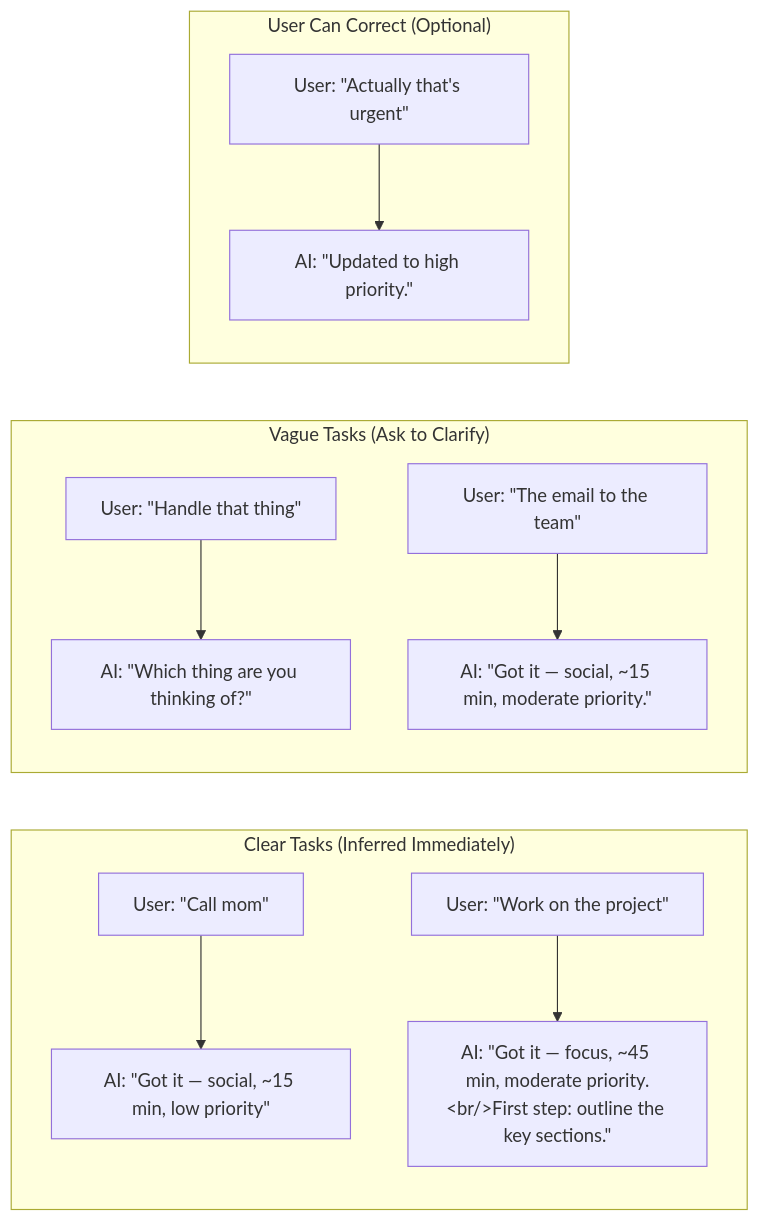
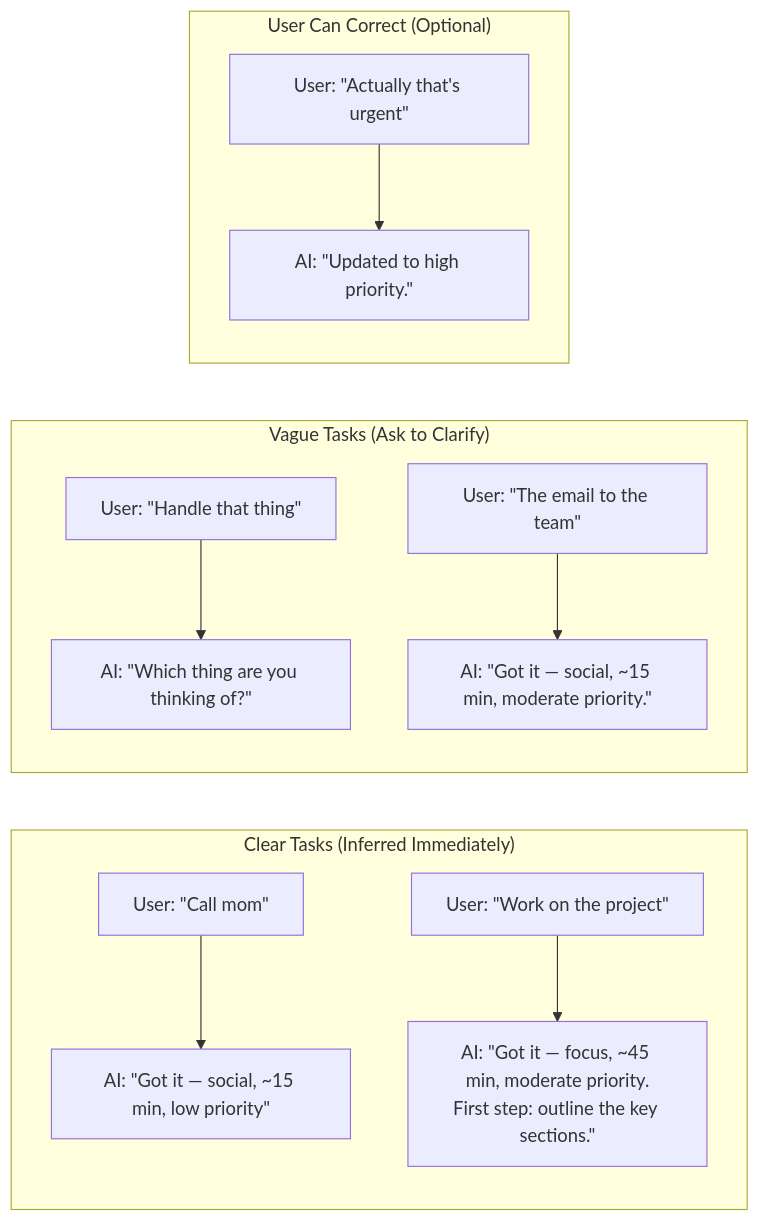
One commit to NickBorgersProbably/hide-my-list changed the fourth of 28 diagrams in docs/user-interactions.md. Above: the diagram before and after it, drawn with Mermaid. The commit also changed other lines of this file and 1 other file, not shown here.

First line of the commit message:
Fix <br/> line breaks incorrectly escaped as #lt;br/#gt; in Mermaid diagrams

````diff
--- a/docs/user-interactions.md
+++ b/docs/user-interactions.md
@@ -113,16 +113,16 @@
 ```mermaid
 flowchart LR
     subgraph Always["Clear Tasks (Inferred Immediately)"]
         Q1["User: #quot;Call mom#quot;"] --> Q2["AI: #quot;Got it — social, ~15 min, low priority#quot;"]
-        Q3["User: #quot;Work on the project#quot;"] --> Q4["AI: #quot;Got it — focus, ~45 min, moderate priority.#lt;br/#gt;First step: outline the key sections.#quot;"]
+        Q3["User: #quot;Work on the project#quot;"] --> Q4["AI: #quot;Got it — focus, ~45 min, moderate priority.<br/>First step: outline the key sections.#quot;"]
     end
 
     subgraph Clarify["Vague Tasks (Ask to Clarify)"]
         V1["User: #quot;Handle that thing#quot;"] --> V2["AI: #quot;Which thing are you thinking of?#quot;"]
         V3["User: #quot;The email to the team#quot;"] --> V4["AI: #quot;Got it — social, ~15 min, moderate priority.#quot;"]
     end
 
     subgraph Correction["User Can Correct (Optional)"]
         C1["User: #quot;Actually that's urgent#quot;"] --> C2["AI: #quot;Updated to high priority.#quot;"]
     end
 ```
````
